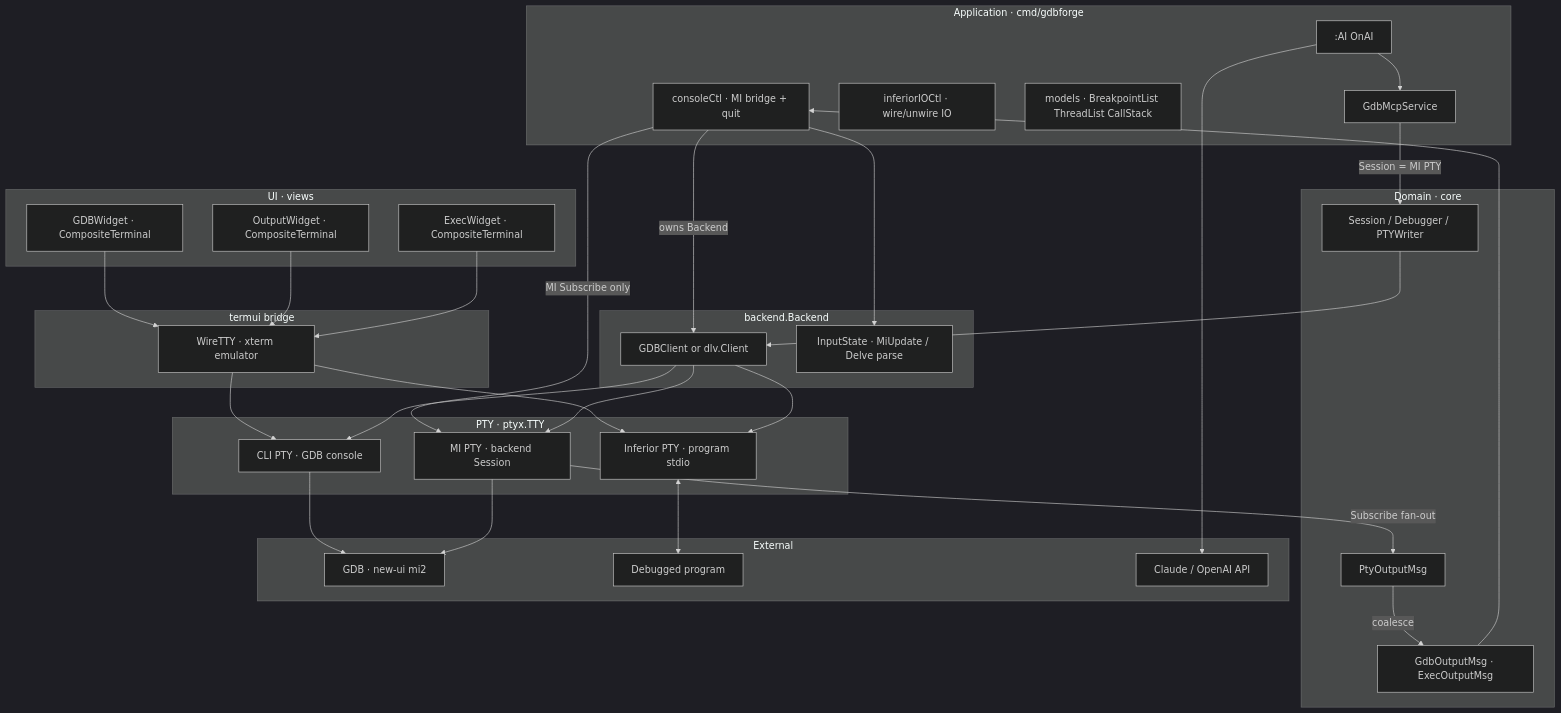
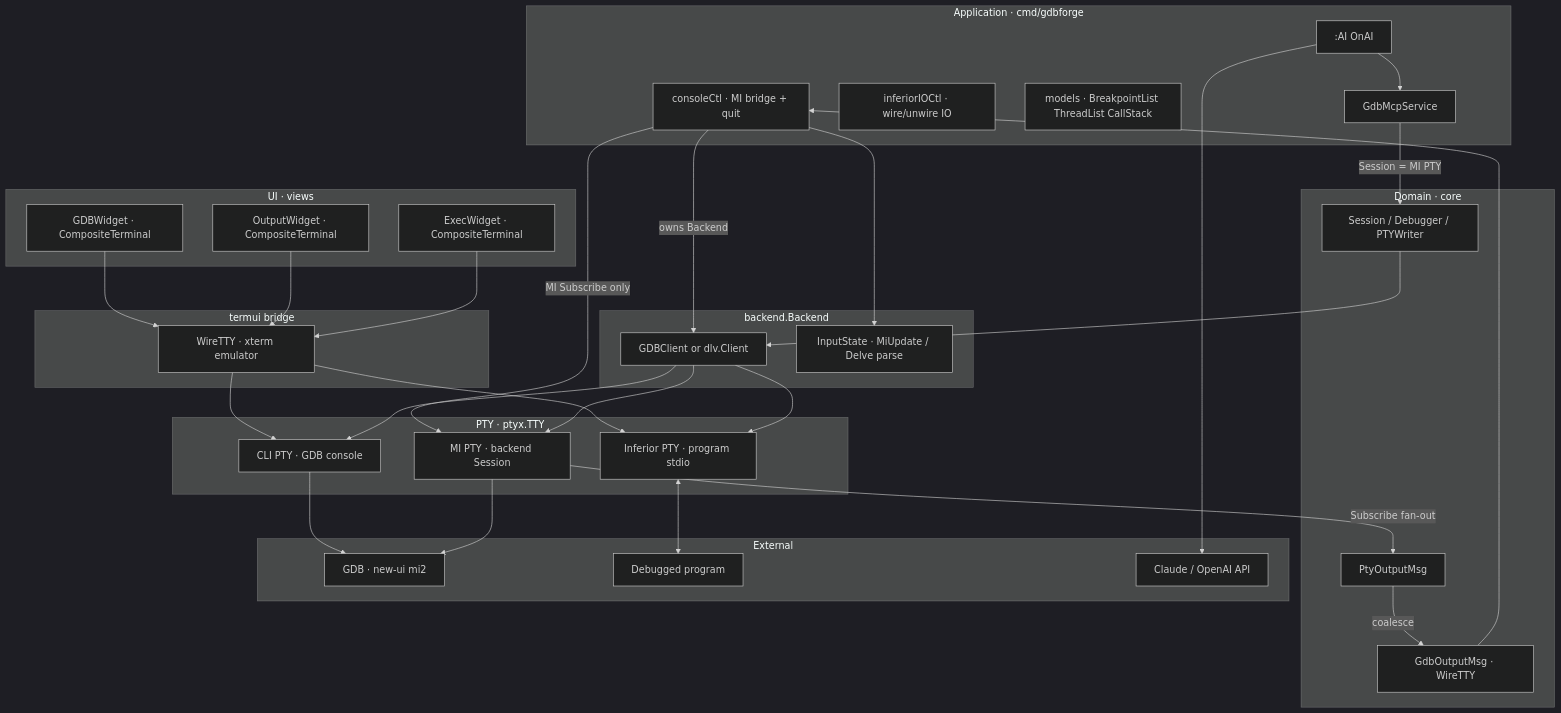
The first of 7 diagrams in docs/DEBUGGER_INTEGRATION.md (yairgd/gdbforge), drawn with Mermaid (dark theme) before and after one commit. The commit also changed 29 other files, not shown here.

````diff
--- a/docs/DEBUGGER_INTEGRATION.md
+++ b/docs/DEBUGGER_INTEGRATION.md
@@ -38,63 +38,63 @@
 ```mermaid
 flowchart TB
     subgraph UI["UI · views"]
         GDBW["GDBWidget · CompositeTerminal"]
         IOW["OutputWidget · CompositeTerminal"]
         ExecW["ExecWidget · CompositeTerminal"]
     end
 
     subgraph TermUI["termui bridge"]
         Wire["WireTTY · xterm emulator"]
     end
 
     subgraph App["Application · cmd/gdbforge"]
         Ctrl["consoleCtl · MI bridge + quit"]
         InfCtl["inferiorIOCtl · wire/unwire IO"]
         Models["models · BreakpointList ThreadList CallStack"]
         AI[":AI OnAI"]
         MCP["GdbMcpService"]
     end
 
     subgraph Domain["Domain · core"]
         SessIF["Session / Debugger / PTYWriter"]
         PtyMsg["PtyOutputMsg"]
-        UIMsg["GdbOutputMsg · ExecOutputMsg"]
+        UIMsg["GdbOutputMsg · WireTTY"]
     end
 
     subgraph Ptyx["PTY · ptyx.TTY"]
         CLI["CLI PTY · GDB console"]
         MI["MI PTY · backend Session"]
         Inf["Inferior PTY · program stdio"]
     end
 
     subgraph BackendPkg["backend.Backend"]
         Client["GDBClient or dlv.Client"]
         Parser["InputState · MiUpdate / Delve parse"]
     end
 
     subgraph External["External"]
         GDB["GDB · new-ui mi2"]
         Prog["Debugged program"]
         LLM["Claude / OpenAI API"]
     end
 
     GDBW --> Wire --> CLI
     IOW --> Wire --> Inf
     ExecW --> Wire
     Ctrl -->|"owns Backend"| Client
     Ctrl -->|"MI Subscribe only"| MI
     Client --> CLI
     Client --> MI
     Client --> Inf
     Inf <--> Prog
     MCP -->|"Session = MI PTY"| SessIF
     AI --> MCP
     AI --> LLM
     SessIF --> Client
     MI -->|"Subscribe fan-out"| PtyMsg
     PtyMsg -->|"coalesce"| UIMsg
     UIMsg --> Ctrl
     CLI --> GDB
     MI --> GDB
     Ctrl --> Parser
 ```
````
